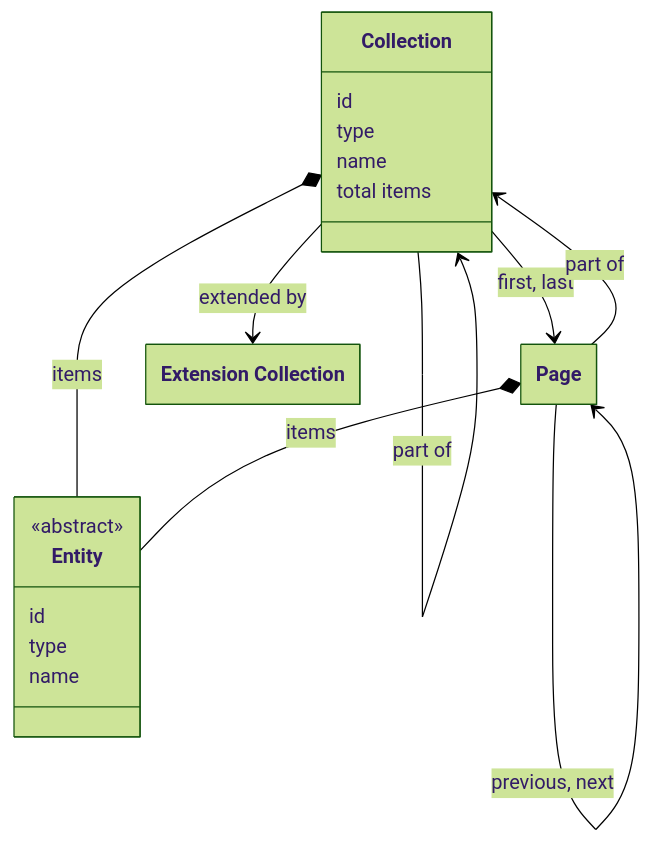
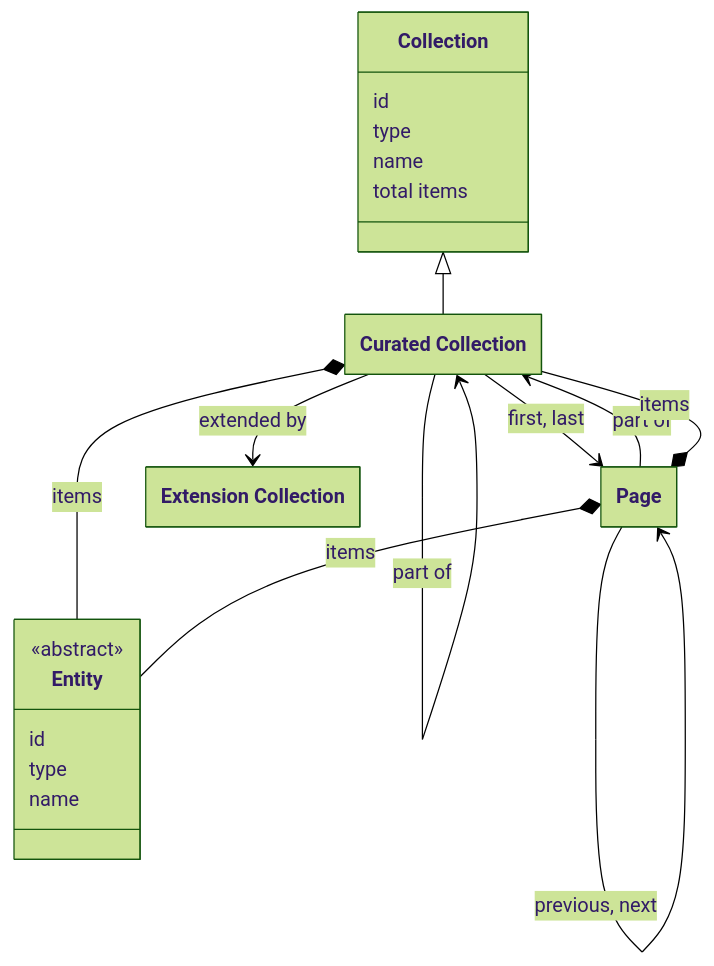
The diagram in docs/requirements/data-layer-api/rest/collections.md (netwerk-digitaal-erfgoed/netwerk-digitaal-erfgoed.github.io), drawn with Mermaid (forest theme) before and after one commit. The commit also changed other lines of this file, not shown here.

Commit message:
docs(data-layer-api): rename Collection to CuratedCollection

````diff
--- a/docs/requirements/data-layer-api/rest/collections.md
+++ b/docs/requirements/data-layer-api/rest/collections.md
@@ -27,35 +30,39 @@
 ```mermaid
 ---
   config:
     class:
       hideEmptyMembersBox: true
 ---
 classDiagram
 
-class Collection {
+class Collection["Collection"] {
   id
   type
   name
   total items
 }
+
+class CuratedCollection["Curated Collection"]
 
 class Page
 
 class ExtensionCollection["Extension Collection"]
 
 class Entity {
   <<abstract>>
   id
   type
   name
 }
 
-Collection *-- Collection : items
-Collection --> Collection : part of
-Collection --> ExtensionCollection : extended by
-Collection --> Page : first, last
-Collection *-- Entity : items
-Page --> Collection : part of
+Collection <|-- CuratedCollection
+CuratedCollection *-- CuratedCollection : items
+CuratedCollection --> CuratedCollection : part of
+CuratedCollection --> ExtensionCollection : extended by
+CuratedCollection --> Page : first, last
+CuratedCollection *-- Entity : items
+Page --> CuratedCollection : part of
 Page --> Page : previous, next
+Page *-- CuratedCollection : items
 Page *-- Entity : items
 ```
````
